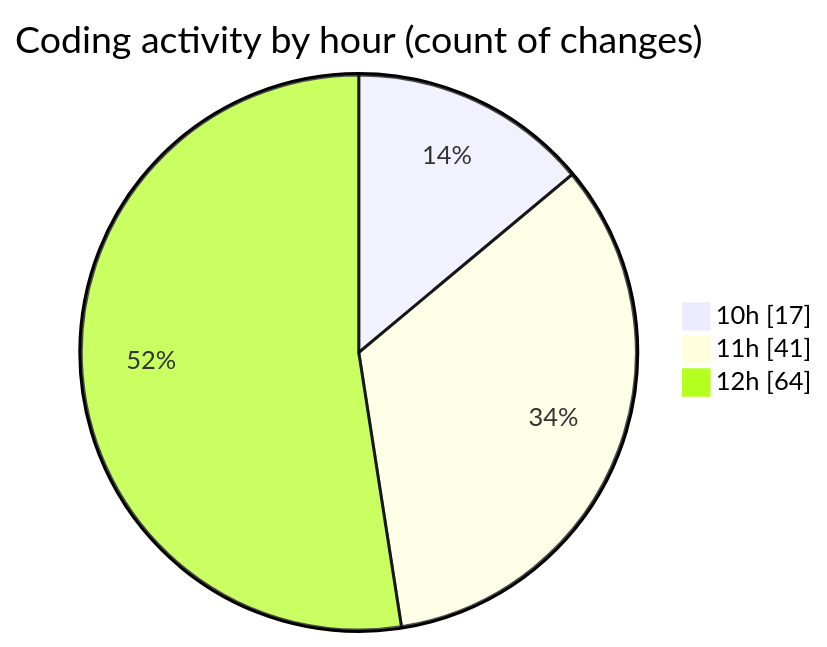
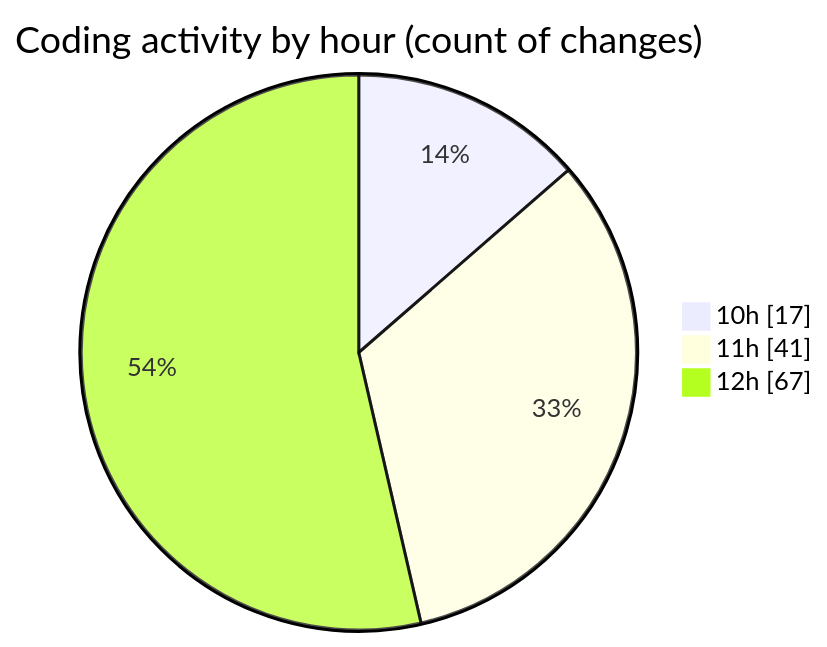
One commit to momahboobian/code-tracking changed the second of 2 diagrams in 2025-10-06/cda/README.md. Above: the diagram before and after it, drawn with Mermaid. The commit also changed other lines of this file and 1 other file, not shown here.

````diff
--- a/2025-10-06/cda/README.md
+++ b/2025-10-06/cda/README.md
@@ -33,7 +33,7 @@
 ```mermaid
 pie showData
 title Coding activity by hour (count of changes)
 "10h" : 17
 "11h" : 41
-"12h" : 64
+"12h" : 67
 ```
````
